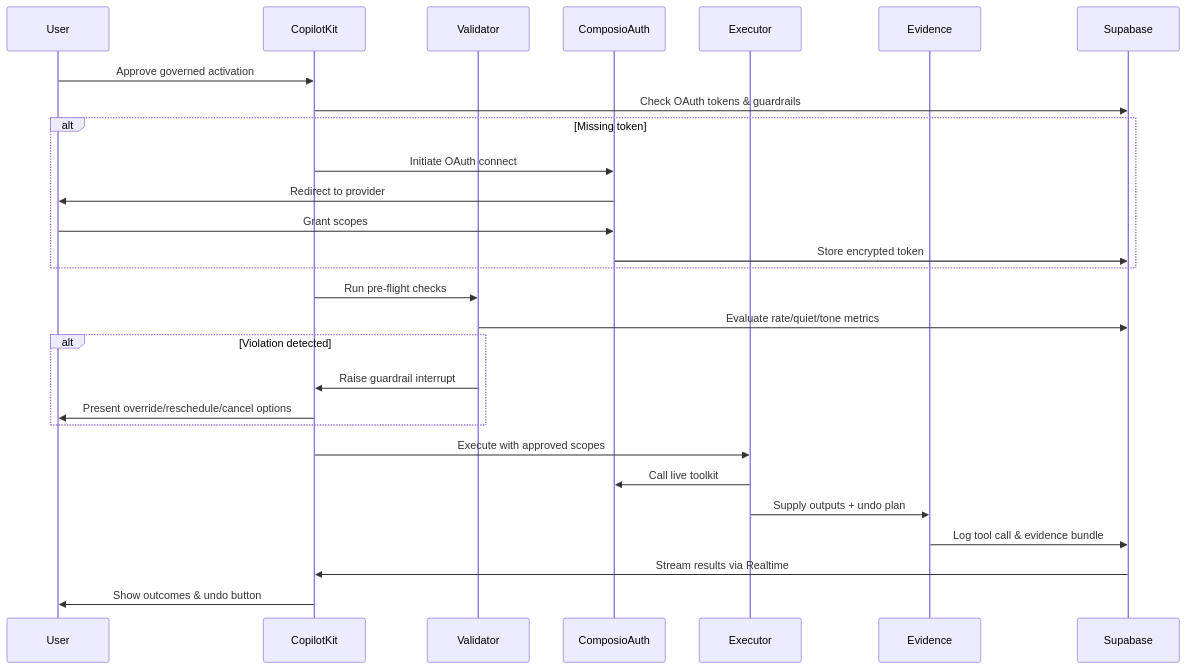
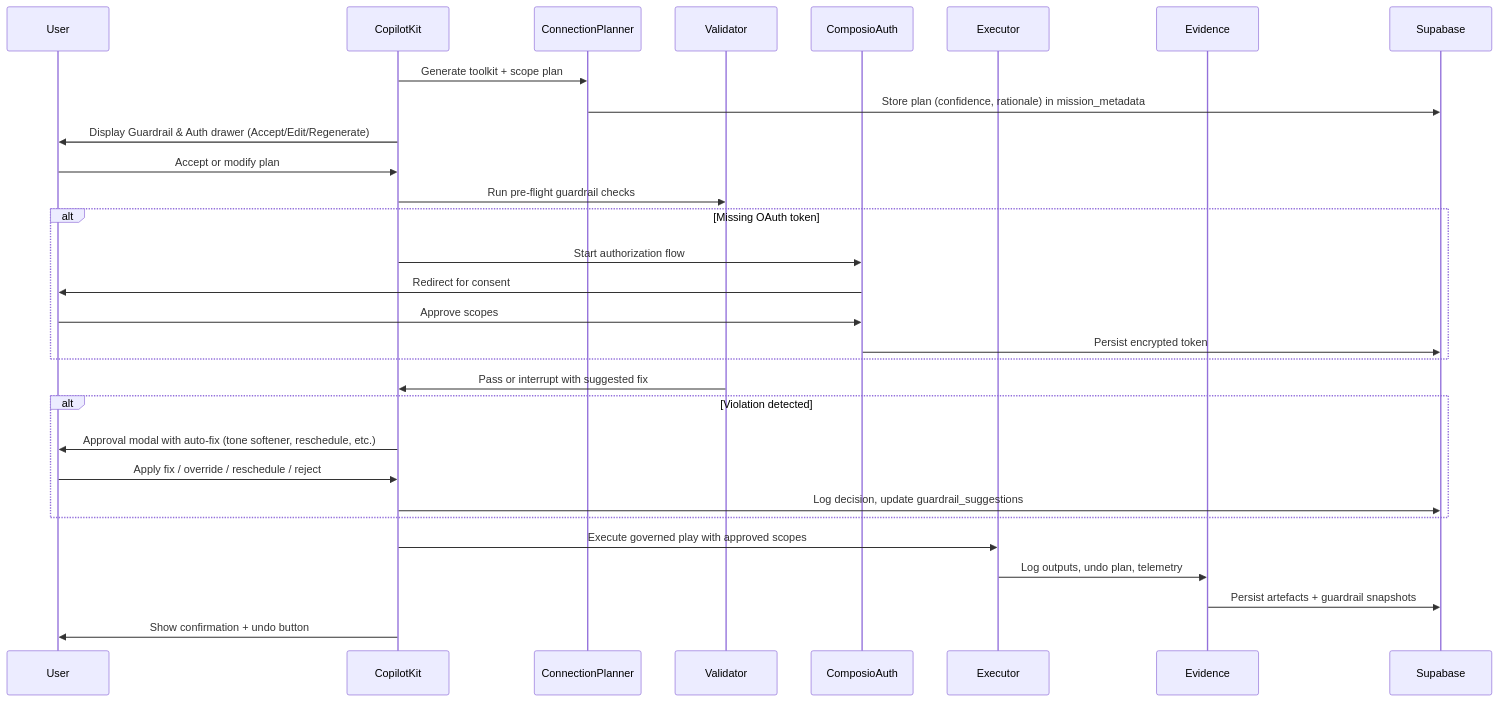
The third of 4 diagrams in new_docs/architecture.md (maxbaluev/ai_employee_0), drawn with Mermaid before and after one commit. The commit also changed other lines of this file and 8 other files, not shown here.

````diff
--- a/new_docs/architecture.md
+++ b/new_docs/architecture.md
@@ -192,31 +158,33 @@
 ```mermaid
 sequenceDiagram
     participant User
     participant CopilotKit
+    participant ConnectionPlanner
     participant Validator
     participant ComposioAuth
     participant Executor
     participant Evidence
     participant Supabase
 
-    User->>CopilotKit: Approve governed activation
-    CopilotKit->>Supabase: Check OAuth tokens & guardrails
-    alt Missing token
-        CopilotKit->>ComposioAuth: Initiate OAuth connect
-        ComposioAuth->>User: Redirect to provider
-        User->>ComposioAuth: Grant scopes
-        ComposioAuth->>Supabase: Store encrypted token
+    CopilotKit->>ConnectionPlanner: Generate toolkit + scope plan
+    ConnectionPlanner->>Supabase: Store plan (confidence, rationale) in mission_metadata
+    CopilotKit->>User: Display Guardrail & Auth drawer (Accept/Edit/Regenerate)
+    User->>CopilotKit: Accept or modify plan
+    CopilotKit->>Validator: Run pre-flight guardrail checks
+    alt Missing OAuth token
+        CopilotKit->>ComposioAuth: Start authorization flow
+        ComposioAuth->>User: Redirect for consent
+        User->>ComposioAuth: Approve scopes
+        ComposioAuth->>Supabase: Persist encrypted token
     end
-    CopilotKit->>Validator: Run pre-flight checks
-    Validator->>Supabase: Evaluate rate/quiet/tone metrics
+    Validator->>CopilotKit: Pass or interrupt with suggested fix
     alt Violation detected
-        Validator->>CopilotKit: Raise guardrail interrupt
-        CopilotKit->>User: Present override/reschedule/cancel options
+        CopilotKit->>User: Approval modal with auto-fix (tone softener, reschedule, etc.)
+        User->>CopilotKit: Apply fix / override / reschedule / reject
+        CopilotKit->>Supabase: Log decision, update guardrail_suggestions
     end
-    CopilotKit->>Executor: Execute with approved scopes
-    Executor->>ComposioAuth: Call live toolkit
-    Executor->>Evidence: Supply outputs + undo plan
-    Evidence->>Supabase: Log tool call & evidence bundle
-    Supabase->>CopilotKit: Stream results via Realtime
-    CopilotKit->>User: Show outcomes & undo button
+    CopilotKit->>Executor: Execute governed play with approved scopes
+    Executor->>Evidence: Log outputs, undo plan, telemetry
+    Evidence->>Supabase: Persist artefacts + guardrail snapshots
+    CopilotKit->>User: Show confirmation + undo button
 ```
````
